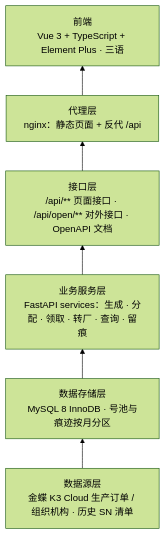
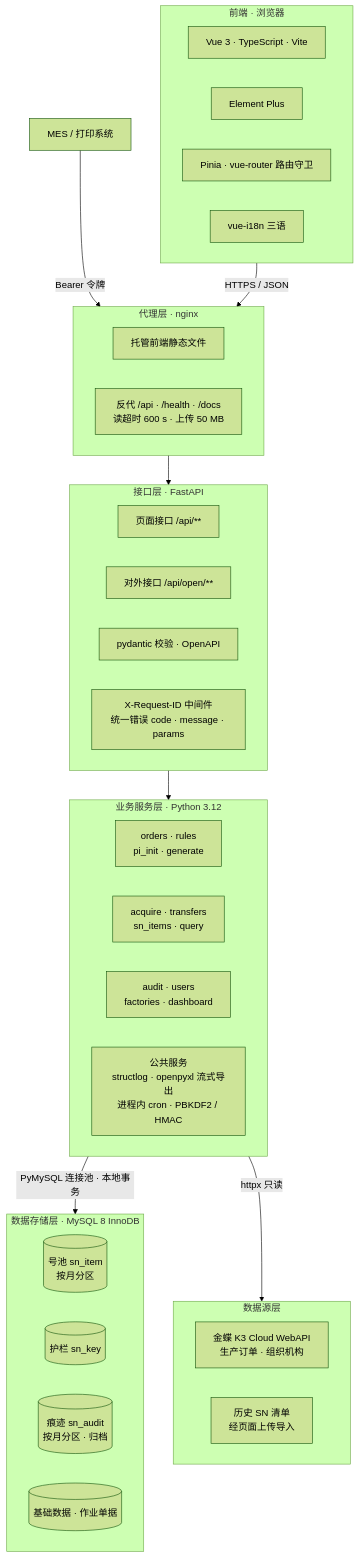
Before and after one commit to Createsnow/sn-center: the second of 9 diagrams in docs/系统技术方案.md, drawn with Mermaid (forest theme). The commit also changed other lines of this file and 11 other files, not shown here.

First line of the commit message:
系统技术方案：重画全部图，ER 标注一对多，新增 Word 版

````diff
--- a/docs/系统技术方案.md
+++ b/docs/系统技术方案.md
@@ -182,10 +188,45 @@
 ```mermaid
-flowchart BT
-    L1[数据源层<br/>金蝶 K3 Cloud 生产订单 / 组织机构 · 历史 SN 清单]
-    L2[数据存储层<br/>MySQL 8 InnoDB · 号池与痕迹按月分区]
-    L3[业务服务层<br/>FastAPI services：生成 · 分配 · 领取 · 转厂 · 查询 · 留痕]
-    L4[接口层<br/>/api/** 页面接口 · /api/open/** 对外接口 · OpenAPI 文档]
-    L5[代理层<br/>nginx：静态页面 + 反代 /api]
-    L6[前端<br/>Vue 3 + TypeScript + Element Plus · 三语]
-    L1 --> L2 --> L3 --> L4 --> L5 --> L6
+flowchart TB
+    subgraph T1[前端 · 浏览器]
+        direction LR
+        T11[Vue 3 · TypeScript · Vite]
+        T12[Element Plus]
+        T13[Pinia · vue-router 路由守卫]
+        T14[vue-i18n 三语]
+    end
+    subgraph T2[代理层 · nginx]
+        direction LR
+        T21[托管前端静态文件]
+        T22[反代 /api · /health · /docs<br/>读超时 600 s · 上传 50 MB]
+    end
+    subgraph T3[接口层 · FastAPI]
+        direction LR
+        T31[页面接口 /api/**]
+        T32[对外接口 /api/open/**]
+        T33[pydantic 校验 · OpenAPI]
+        T34[X-Request-ID 中间件<br/>统一错误 code · message · params]
+    end
+    subgraph T4[业务服务层 · Python 3.12]
+        direction LR
+        T41[orders · rules<br/>pi_init · generate]
+        T42[acquire · transfers<br/>sn_items · query]
+        T43[audit · users<br/>factories · dashboard]
+        T44[公共服务<br/>structlog · openpyxl 流式导出<br/>进程内 cron · PBKDF2 / HMAC]
+    end
+    subgraph T5[数据存储层 · MySQL 8 InnoDB]
+        direction LR
+        T51[(号池 sn_item<br/>按月分区)]
+        T52[(护栏 sn_key)]
+        T53[(痕迹 sn_audit<br/>按月分区 · 归档)]
+        T54[(基础数据 · 作业单据)]
+    end
+    subgraph T6[数据源层]
+        direction LR
+        T61[金蝶 K3 Cloud WebAPI<br/>生产订单 · 组织机构]
+        T62[历史 SN 清单<br/>经页面上传导入]
+    end
+    MES[MES / 打印系统] -->|Bearer 令牌| T2
+    T1 -->|HTTPS / JSON| T2 --> T3 --> T4
+    T4 -->|PyMySQL 连接池 · 本地事务| T5
+    T4 -->|httpx 只读| T6
 ```
````
